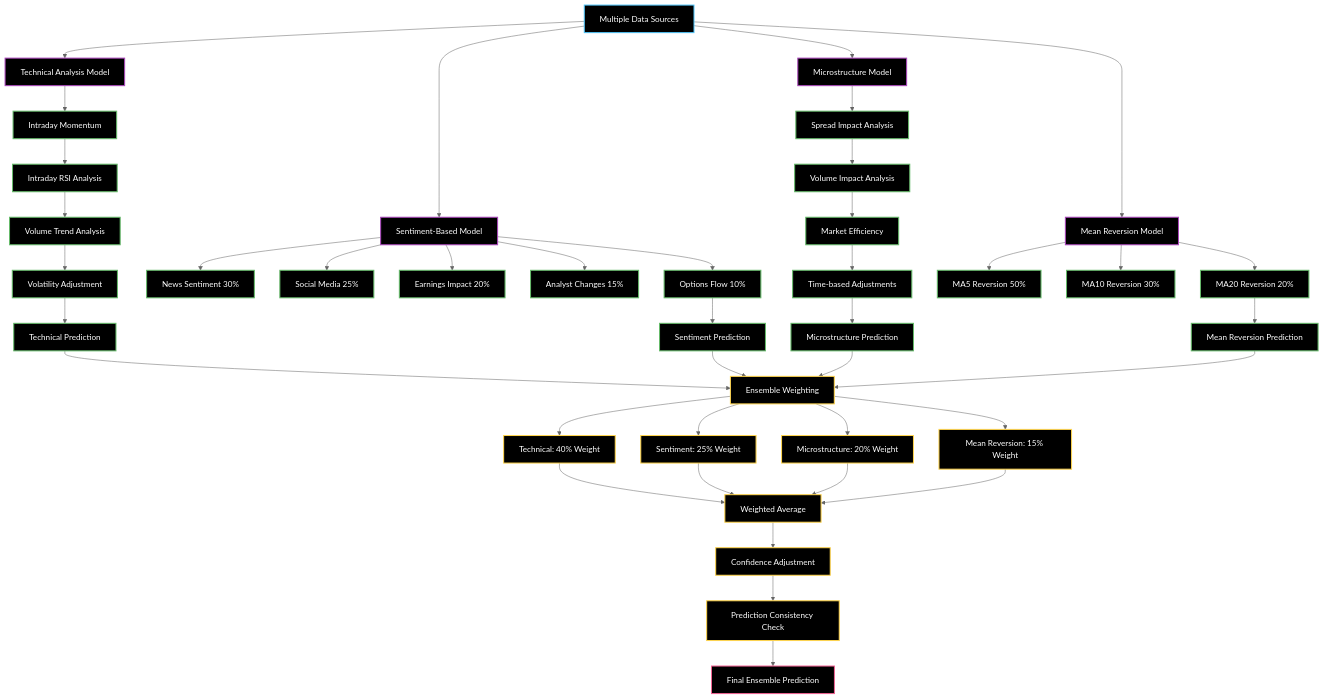
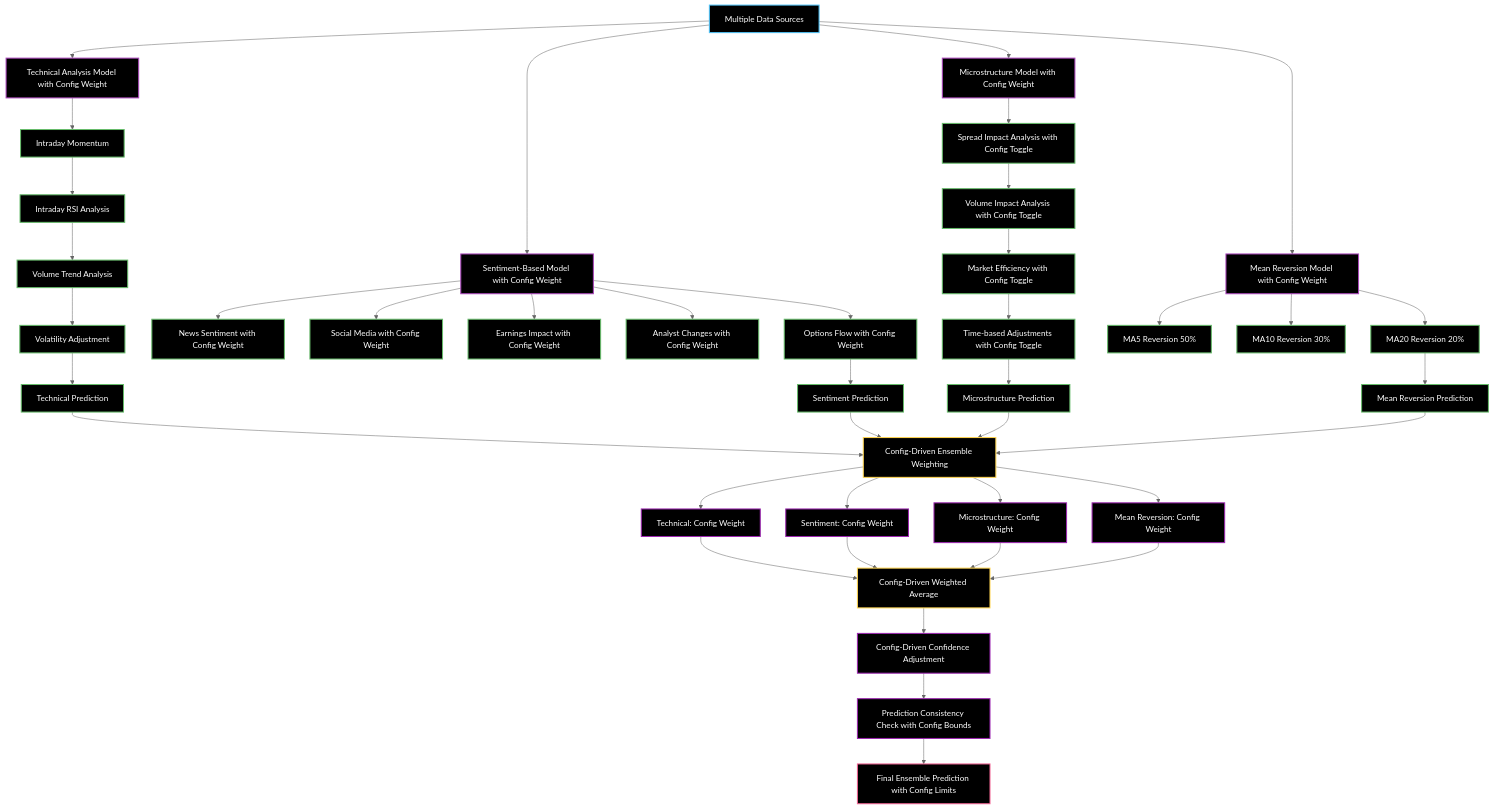
Before and after one commit to jeremygonsalves/price-predictor-stocks: the fourth of 7 diagrams in docs/LSTM-model.md, drawn with Mermaid (neutral theme). The commit also changed other lines of this file and 14 other files, not shown here.

````diff
--- a/docs/LSTM-model.md
+++ b/docs/LSTM-model.md
@@ -245,62 +256,64 @@
 ```mermaid
 flowchart TD
-    A[Multiple Data Sources] --> B[Technical Analysis Model]
-    A --> C[Sentiment-Based Model]
-    A --> D[Microstructure Model]
-    A --> E[Mean Reversion Model]
+    A[Multiple Data Sources] --> B[Technical Analysis Model with Config Weight]
+    A --> C[Sentiment-Based Model with Config Weight]
+    A --> D[Microstructure Model with Config Weight]
+    A --> E[Mean Reversion Model with Config Weight]
     
     B --> B1[Intraday Momentum]
     B1 --> B2[Intraday RSI Analysis]
     B2 --> B3[Volume Trend Analysis]
     B3 --> B4[Volatility Adjustment]
     B4 --> B5[Technical Prediction]
     
-    C --> C1[News Sentiment 30%]
-    C --> C2[Social Media 25%]
-    C --> C3[Earnings Impact 20%]
-    C --> C4[Analyst Changes 15%]
-    C --> C5[Options Flow 10%]
+    C --> C1[News Sentiment with Config Weight]
+    C --> C2[Social Media with Config Weight]
+    C --> C3[Earnings Impact with Config Weight]
+    C --> C4[Analyst Changes with Config Weight]
+    C --> C5[Options Flow with Config Weight]
     C5 --> C6[Sentiment Prediction]
     
-    D --> D1[Spread Impact Analysis]
-    D1 --> D2[Volume Impact Analysis]
-    D2 --> D3[Market Efficiency]
-    D3 --> D4[Time-based Adjustments]
+    D --> D1[Spread Impact Analysis with Config Toggle]
+    D1 --> D2[Volume Impact Analysis with Config Toggle]
+    D2 --> D3[Market Efficiency with Config Toggle]
+    D3 --> D4[Time-based Adjustments with Config Toggle]
     D4 --> D5[Microstructure Prediction]
     
     E --> E1[MA5 Reversion 50%]
     E --> E2[MA10 Reversion 30%]
     E --> E3[MA20 Reversion 20%]
     E3 --> E4[Mean Reversion Prediction]
     
-    B5 --> F[Ensemble Weighting]
+    B5 --> F[Config-Driven Ensemble Weighting]
     C6 --> F
     D5 --> F
     E4 --> F
     
-    F --> F1[Technical: 40% Weight]
-    F --> F2[Sentiment: 25% Weight]
-    F --> F3[Microstructure: 20% Weight]
-    F --> F4[Mean Reversion: 15% Weight]
+    F --> F1[Technical: Config Weight]
+    F --> F2[Sentiment: Config Weight]
+    F --> F3[Microstructure: Config Weight]
+    F --> F4[Mean Reversion: Config Weight]
     
-    F1 --> G[Weighted Average]
+    F1 --> G[Config-Driven Weighted Average]
     F2 --> G
     F3 --> G
     F4 --> G
     
-    G --> H[Confidence Adjustment]
-    H --> I[Prediction Consistency Check]
-    I --> J[Final Ensemble Prediction]
+    G --> H[Config-Driven Confidence Adjustment]
+    H --> I[Prediction Consistency Check with Config Bounds]
+    I --> J[Final Ensemble Prediction with Config Limits]
     
     classDef input fill:#000,stroke:#4FC3F7,color:#fff,stroke-width:2px
     classDef model fill:#000,stroke:#AB47BC,color:#fff,stroke-width:2px
     classDef calculation fill:#000,stroke:#66BB6A,color:#fff,stroke-width:2px
     classDef ensemble fill:#000,stroke:#FFD54F,color:#fff,stroke-width:2px
     classDef result fill:#000,stroke:#F06292,color:#fff,stroke-width:2px
+    classDef config fill:#000,stroke:#9C27B0,color:#fff,stroke-width:2px
     
     class A input
     class B,C,D,E model
     class B1,B2,B3,B4,B5,C1,C2,C3,C4,C5,C6,D1,D2,D3,D4,D5,E1,E2,E3,E4 calculation
     class F,F1,F2,F3,F4,G,H,I ensemble
     class J result
+    class F1,F2,F3,F4,H,I config
 ```
````
